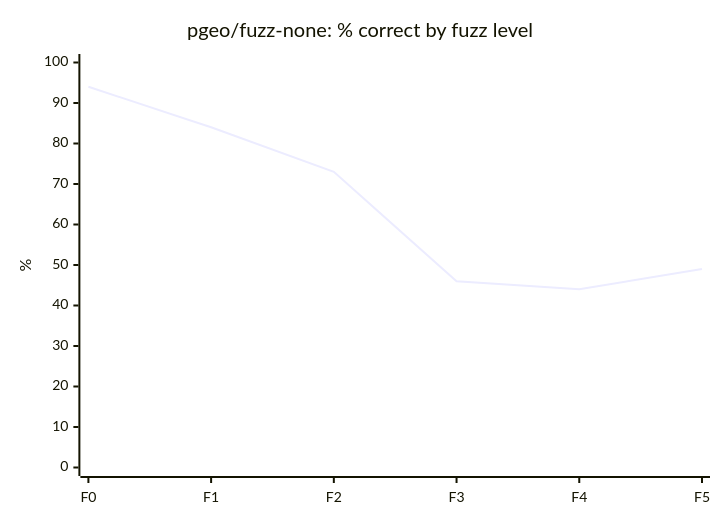
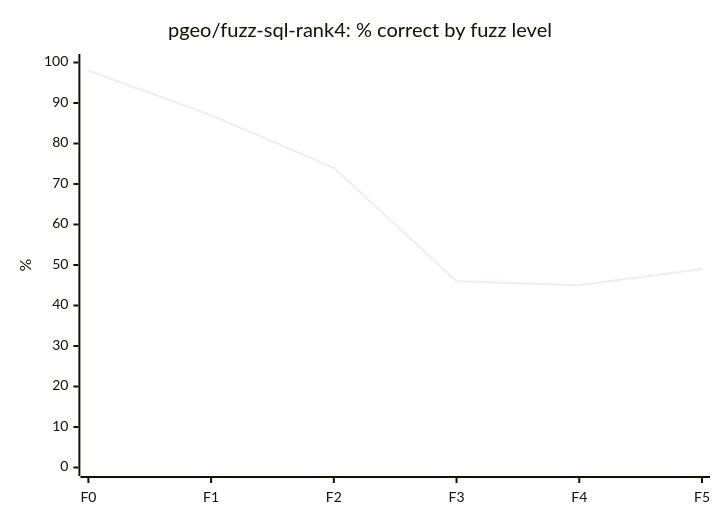
Before and after one commit to johnzastrow/pgeo: the sixth of 6 diagrams in docs/ACCURACY_RESULTS.md, drawn with Mermaid. The commit also changed other lines of this file and 5 other files, not shown here.

````diff
--- a/docs/ACCURACY_RESULTS.md
+++ b/docs/ACCURACY_RESULTS.md
@@ -167,7 +151,7 @@
 ```mermaid
 xychart-beta
-    title "pgeo/fuzz-none: % correct by fuzz level"
+    title "pgeo/fuzz-sql-rank4: % correct by fuzz level"
     x-axis [F0, F1, F2, F3, F4, F5]
     y-axis "%" 0 --> 100
-    line [94, 84, 73, 46, 44, 49]
+    line [98, 87, 74, 46, 45, 49]
 ```
````
